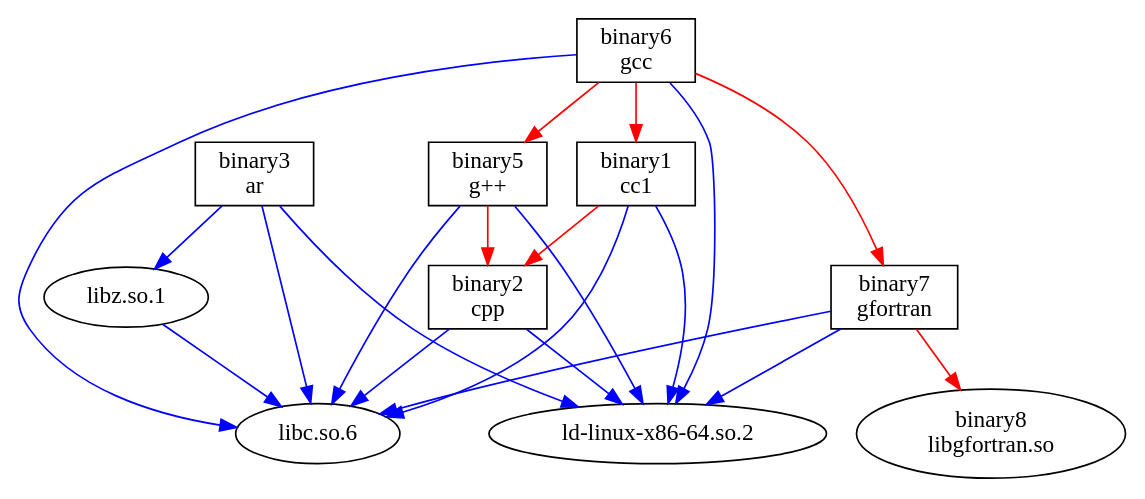
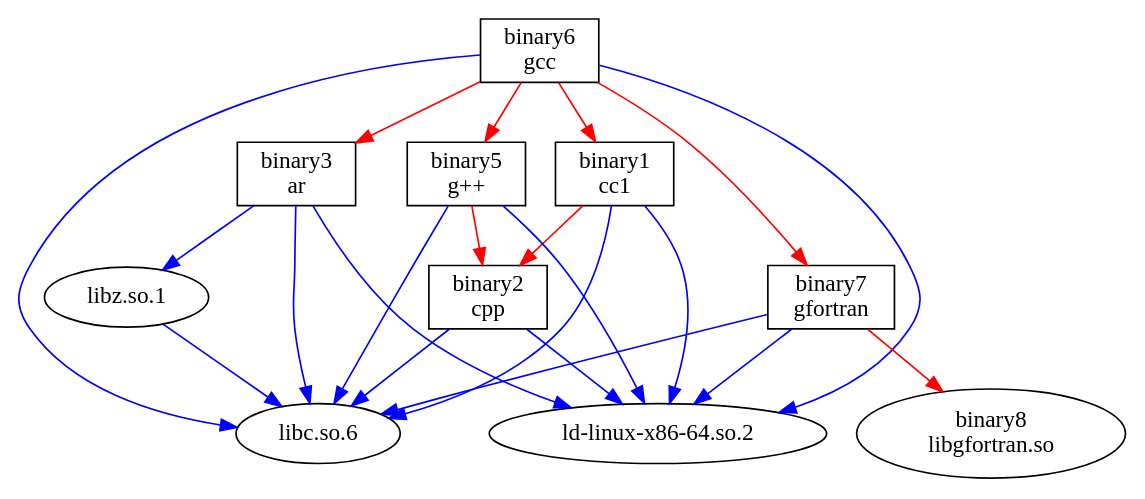
One commit to p7k-S/ISPuaro changed the diagram in scripts/sbom_graph.dot. Above: the diagram before and after it, drawn with Graphviz. The commit also changed 3 other files, not shown here.

```diff
--- a/scripts/sbom_graph.dot
+++ b/scripts/sbom_graph.dot
@@ -1,36 +1,37 @@
 digraph SBOM {
     node [shape=record];
     // Metadata
     // Platform: x86_64-linux-gnu (x86_64)
     // Description: GNU Compiler Collection
     "2bc75fa5ad779c5329d271546bcf9f65" [label="binary1\ncc1", shape=box];
     "2bc75fa5ad779c5329d271546bcf9f65" -> "2f25beac43c57116de46e227db57d08b" [color=red];
     "2bc75fa5ad779c5329d271546bcf9f65" -> "009a09df458d78514d3f7324b74da26c" [color=blue];
     "2bc75fa5ad779c5329d271546bcf9f65" -> "786209f5ea18ea186d34979aa51f3343" [color=blue];
     "009a09df458d78514d3f7324b74da26c" [label="libc.so.6\n", shape=ellipse];
     "786209f5ea18ea186d34979aa51f3343" [label="ld-linux-x86-64.so.2\n", shape=ellipse];
     "2f25beac43c57116de46e227db57d08b" [label="binary2\ncpp", shape=box];
     "2f25beac43c57116de46e227db57d08b" -> "009a09df458d78514d3f7324b74da26c" [color=blue];
     "2f25beac43c57116de46e227db57d08b" -> "786209f5ea18ea186d34979aa51f3343" [color=blue];
     "ca21ec459bc61bf3f37b802de95643b5" [label="binary3\nar", shape=box];
     "ca21ec459bc61bf3f37b802de95643b5" -> "a472f69d270ee71120f52afd509771bc" [color=blue];
     "ca21ec459bc61bf3f37b802de95643b5" -> "009a09df458d78514d3f7324b74da26c" [color=blue];
     "ca21ec459bc61bf3f37b802de95643b5" -> "786209f5ea18ea186d34979aa51f3343" [color=blue];
     "a472f69d270ee71120f52afd509771bc" [label="libz.so.1\n", shape=ellipse];
     "a472f69d270ee71120f52afd509771bc" -> "009a09df458d78514d3f7324b74da26c" [color=blue];
     "9d7a37a8d8926db082066c37ff6852fc" [label="binary5\ng++", shape=box];
     "9d7a37a8d8926db082066c37ff6852fc" -> "2f25beac43c57116de46e227db57d08b" [color=red];
     "9d7a37a8d8926db082066c37ff6852fc" -> "009a09df458d78514d3f7324b74da26c" [color=blue];
     "9d7a37a8d8926db082066c37ff6852fc" -> "786209f5ea18ea186d34979aa51f3343" [color=blue];
     "146b59f46d09b9234d28aa1db18a8e88" [label="binary6\ngcc", shape=box];
     "146b59f46d09b9234d28aa1db18a8e88" -> "9d7a37a8d8926db082066c37ff6852fc" [color=red];
     "146b59f46d09b9234d28aa1db18a8e88" -> "40aa837904b50328ebbf3a3380e966dc" [color=red];
     "146b59f46d09b9234d28aa1db18a8e88" -> "2bc75fa5ad779c5329d271546bcf9f65" [color=red];
+    "146b59f46d09b9234d28aa1db18a8e88" -> "ca21ec459bc61bf3f37b802de95643b5" [color=red];
     "146b59f46d09b9234d28aa1db18a8e88" -> "009a09df458d78514d3f7324b74da26c" [color=blue];
     "146b59f46d09b9234d28aa1db18a8e88" -> "786209f5ea18ea186d34979aa51f3343" [color=blue];
     "40aa837904b50328ebbf3a3380e966dc" [label="binary7\ngfortran", shape=box];
     "40aa837904b50328ebbf3a3380e966dc" -> "26baa7feee82f39e2738cfe1f603d776" [color=red];
     "40aa837904b50328ebbf3a3380e966dc" -> "009a09df458d78514d3f7324b74da26c" [color=blue];
     "40aa837904b50328ebbf3a3380e966dc" -> "786209f5ea18ea186d34979aa51f3343" [color=blue];
     "26baa7feee82f39e2738cfe1f603d776" [label="binary8\nlibgfortran.so", shape=ellipse];
 }
```
